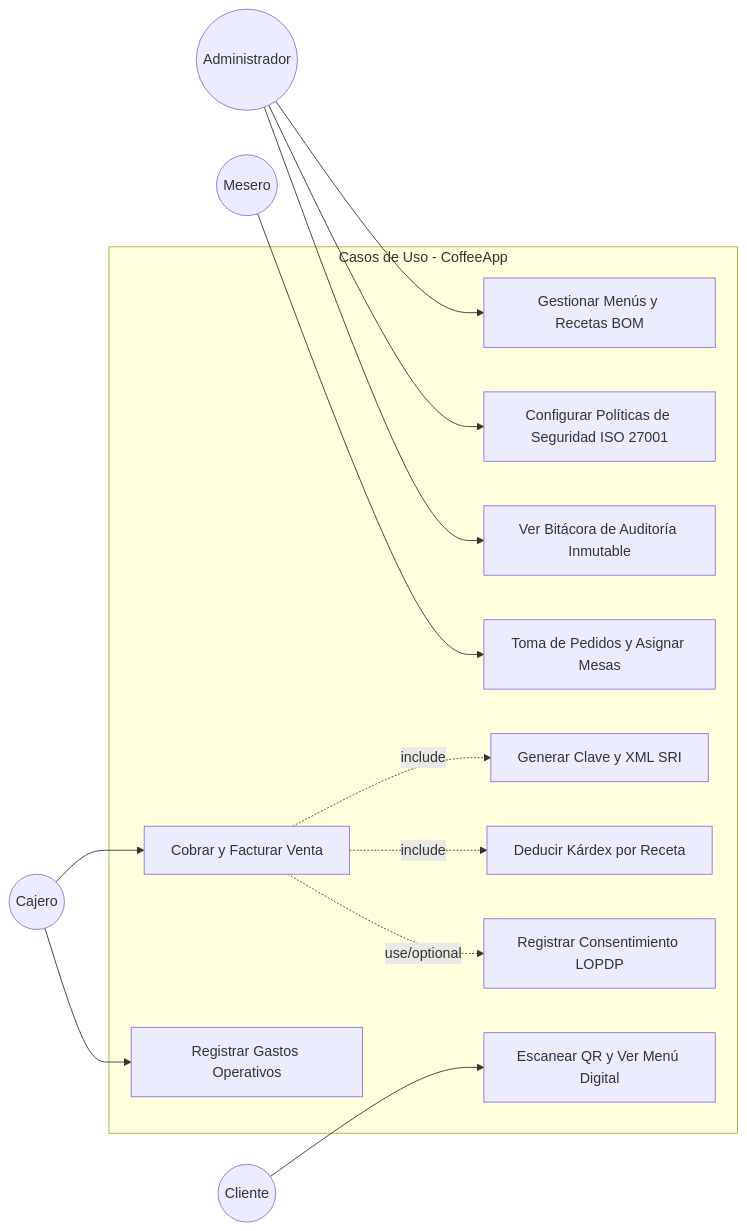
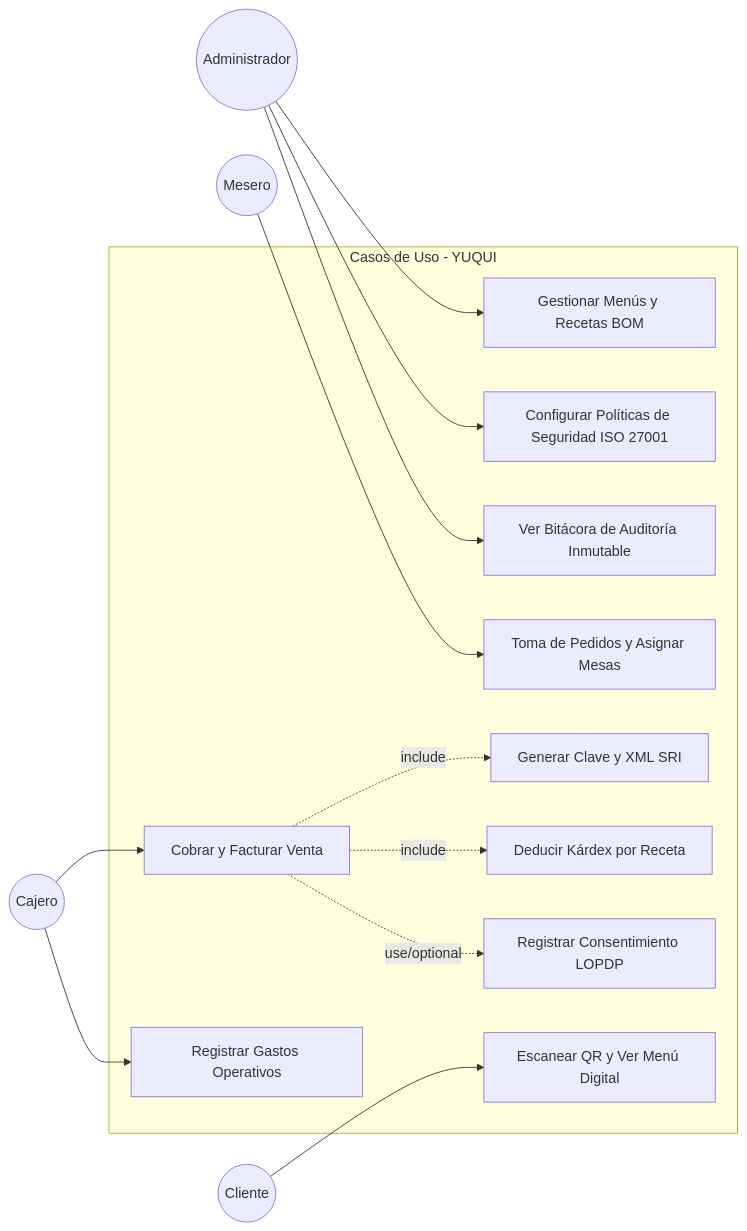
One commit to dpozocoello/app_cafeteria changed the third of 4 diagrams in DOCUMENTACION_TECNICA.md. Above: the diagram before and after it, drawn with Mermaid. The commit also changed other lines of this file and 35 other files, not shown here.

Commit message:
feat: initialize cafeteria core application architecture, database models, and administrative dashboard templates

````diff
--- a/DOCUMENTACION_TECNICA.md
+++ b/DOCUMENTACION_TECNICA.md
@@ -126,38 +126,38 @@
 ```mermaid
 flowchart LR
     %% Actores
     admin((Administrador))
     mesero((Mesero))
     cajero((Cajero))
     cliente((Cliente))
     
-    subgraph CoffeeApp ["Casos de Uso - CoffeeApp"]
+    subgraph YUQUI ["Casos de Uso - YUQUI"]
         g_recetas["Gestionar Menús y Recetas BOM"]
         g_seguridad["Configurar Políticas de Seguridad ISO 27001"]
         v_auditoria["Ver Bitácora de Auditoría Inmutable"]
         t_pedidos["Toma de Pedidos y Asignar Mesas"]
         facturar["Cobrar y Facturar Venta"]
         r_gastos["Registrar Gastos Operativos"]
         
         gen_sri["Generar Clave y XML SRI"]
         ded_kardex["Deducir Kárdex por Receta"]
         reg_lopdp["Registrar Consentimiento LOPDP"]
         
         v_menu["Escanear QR y Ver Menú Digital"]
         
         facturar -.->|include| gen_sri
         facturar -.->|include| ded_kardex
         facturar -.->|use/optional| reg_lopdp
     end
     
     admin --> g_recetas
     admin --> g_seguridad
     admin --> v_auditoria
     
     mesero --> t_pedidos
     
     cajero --> facturar
     cajero --> r_gastos
     
     cliente --> v_menu
 ```
````
